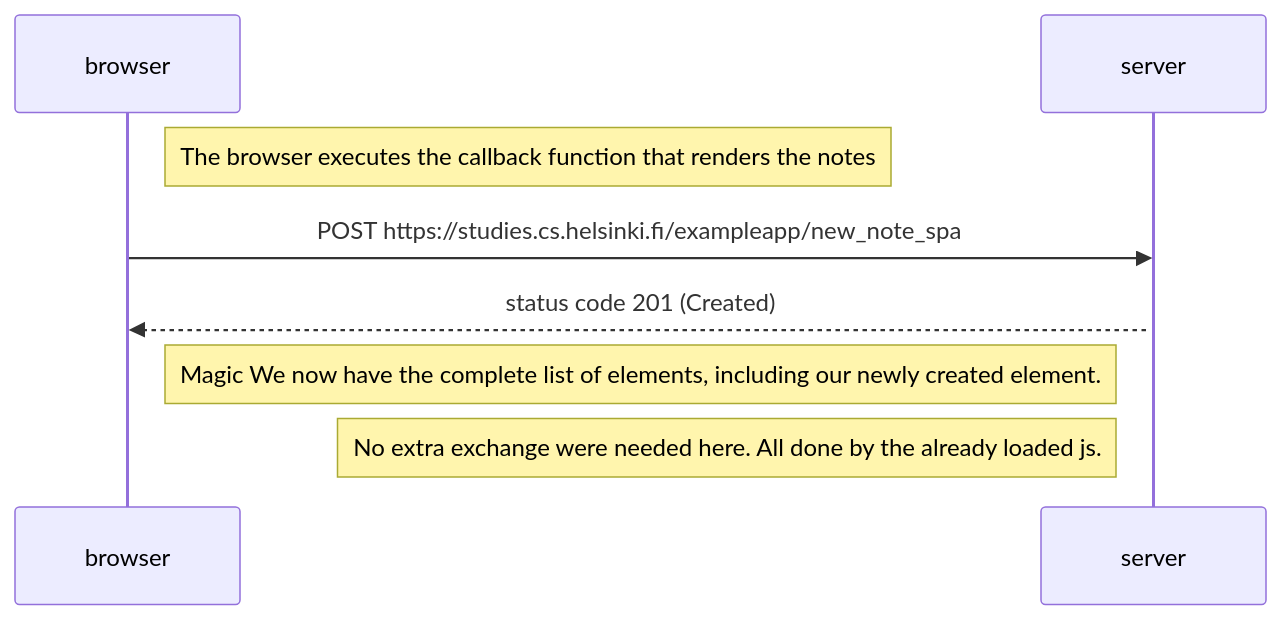
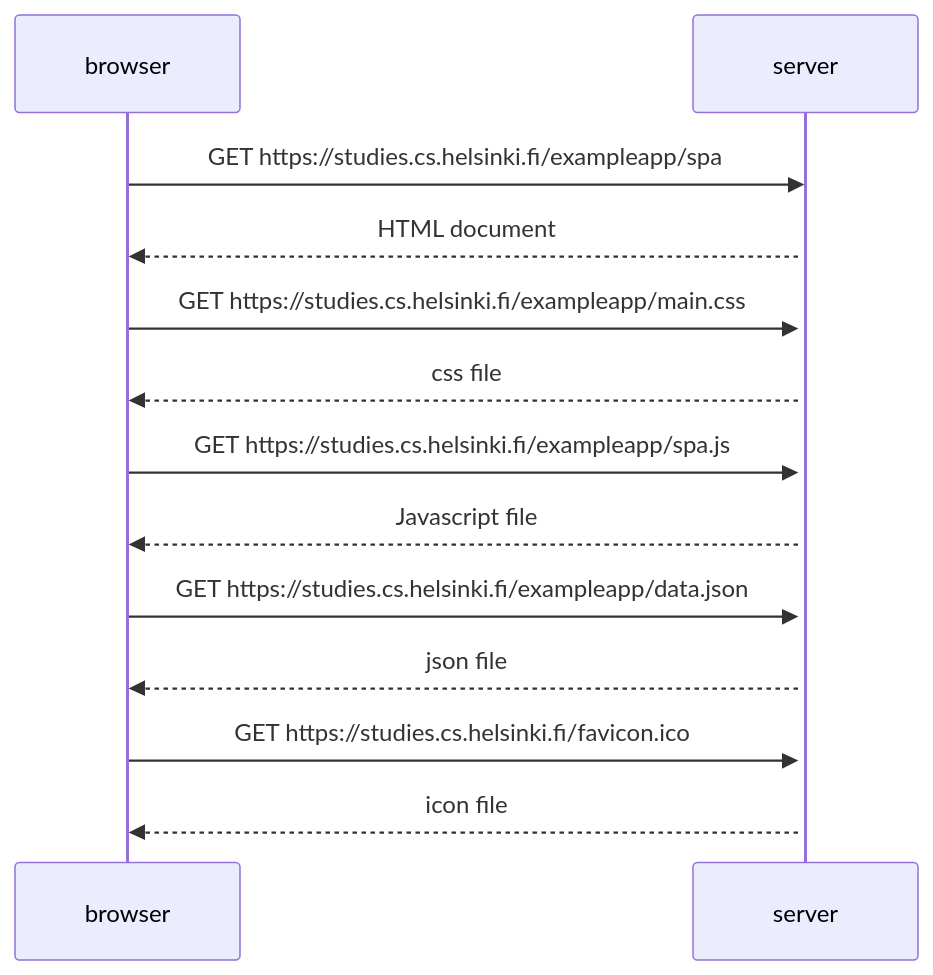
Before and after one commit to quemeraisc/fullstack_Helsinki: the diagram in part0/single page app diagram.md, drawn with Mermaid. The commit also changed 1 other file, not shown here.

Commit message:
0.6 completed

````diff
--- a/part0/single page app diagram.md
+++ b/part0/single page app diagram.md
@@ -1,15 +1,29 @@
 ```mermaid
 sequenceDiagram
     participant browser
     participant server
 
-    Note right of browser: The browser executes the callback function that renders the notes
 
-    browser->>server: POST 	https://studies.cs.helsinki.fi/exampleapp/new_note_spa
+
+    browser->>server: GET https://studies.cs.helsinki.fi/exampleapp/spa
     activate server
-    server-->>browser: status code 201 (Created)
+    server-->>browser: HTML document
 
-    Note right of browser: Magic We now have the complete list of elements, including our newly created element.
-    Note left of server: No extra exchange were needed here. All done by the already loaded js.
+    browser->>server: GET https://studies.cs.helsinki.fi/exampleapp/main.css
+    activate server
+    server-->>browser: css file
+
+    browser->>server: GET https://studies.cs.helsinki.fi/exampleapp/spa.js
+    activate server
+    server-->>browser: Javascript file
+
+    browser->>server: GET https://studies.cs.helsinki.fi/exampleapp/data.json
+    activate server
+    server-->>browser: json file
+
+    browser->>server: GET https://studies.cs.helsinki.fi/favicon.ico
+    activate server
+    server-->>browser: icon file
+    
 
 ```
````
